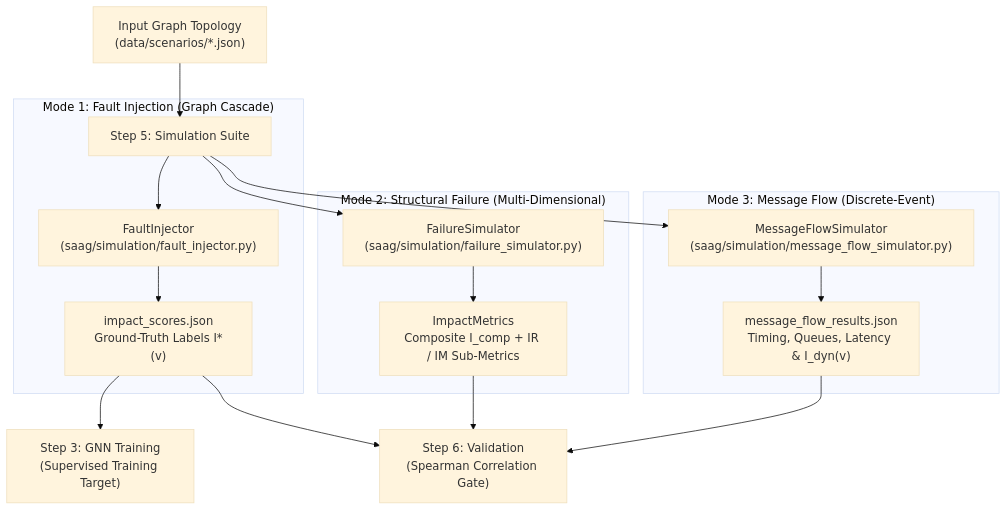
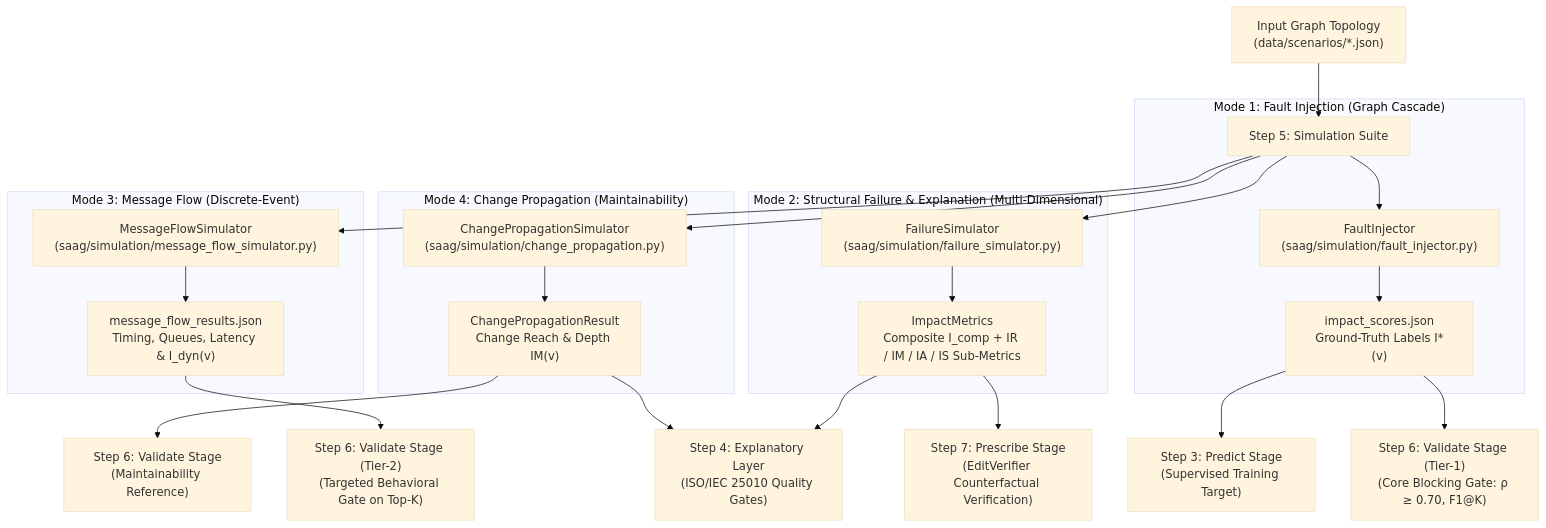
The first of 4 diagrams in docs/failure-simulation.md (onuralpyigit/software-as-a-graph), drawn with Mermaid (base theme) before and after one commit. The commit also changed other lines of this file and 19 other files, not shown here.

````diff
--- a/docs/failure-simulation.md
+++ b/docs/failure-simulation.md
@@ -58,24 +58,32 @@
 ```mermaid
 flowchart TD
     G["Input Graph Topology<br>(data/scenarios/*.json)"] --> SIM["Step 5: Simulation Suite"]
     
     subgraph Mode1["Mode 1: Fault Injection (Graph Cascade)"]
         SIM --> FI["FaultInjector<br>(saag/simulation/fault_injector.py)"]
         FI --> IMP["impact_scores.json<br>Ground-Truth Labels I*(v)"]
     end
 
-    subgraph Mode2["Mode 2: Structural Failure (Multi-Dimensional)"]
+    subgraph Mode2["Mode 2: Structural Failure & Explanation (Multi-Dimensional)"]
         SIM --> FS["FailureSimulator<br>(saag/simulation/failure_simulator.py)"]
-        FS --> FSR["ImpactMetrics<br>Composite I_comp + IR / IM Sub-Metrics"]
+        FS --> FSR["ImpactMetrics<br>Composite I_comp + IR / IM / IA / IS Sub-Metrics"]
     end
 
     subgraph Mode3["Mode 3: Message Flow (Discrete-Event)"]
         SIM --> MFS["MessageFlowSimulator<br>(saag/simulation/message_flow_simulator.py)"]
         MFS --> MFR["message_flow_results.json<br>Timing, Queues, Latency & I_dyn(v)"]
     end
 
-    IMP --> GNN["Step 3: GNN Training<br>(Supervised Training Target)"]
-    IMP --> VAL["Step 6: Validation<br>(Spearman Correlation Gate)"]
-    FSR --> VAL
-    MFR --> VAL
+    subgraph Mode4["Mode 4: Change Propagation (Maintainability)"]
+        SIM --> CPS["ChangePropagationSimulator<br>(saag/simulation/change_propagation.py)"]
+        CPS --> CPR["ChangePropagationResult<br>Change Reach & Depth IM(v)"]
+    end
+
+    IMP --> GNN["Step 3: Predict Stage<br>(Supervised Training Target)"]
+    IMP --> VAL1["Step 6: Validate Stage (Tier-1)<br>(Core Blocking Gate: ρ ≥ 0.70, F1@K)"]
+    MFR --> VAL2["Step 6: Validate Stage (Tier-2)<br>(Targeted Behavioral Gate on Top-K)"]
+    CPR --> VAL3["Step 6: Validate Stage<br>(Maintainability Reference)"]
+    FSR --> EXP["Step 4: Explanatory Layer<br>(ISO/IEC 25010 Quality Gates)"]
+    FSR --> PRE["Step 7: Prescribe Stage<br>(EditVerifier Counterfactual Verification)"]
+    CPR --> EXP
 ```
````
